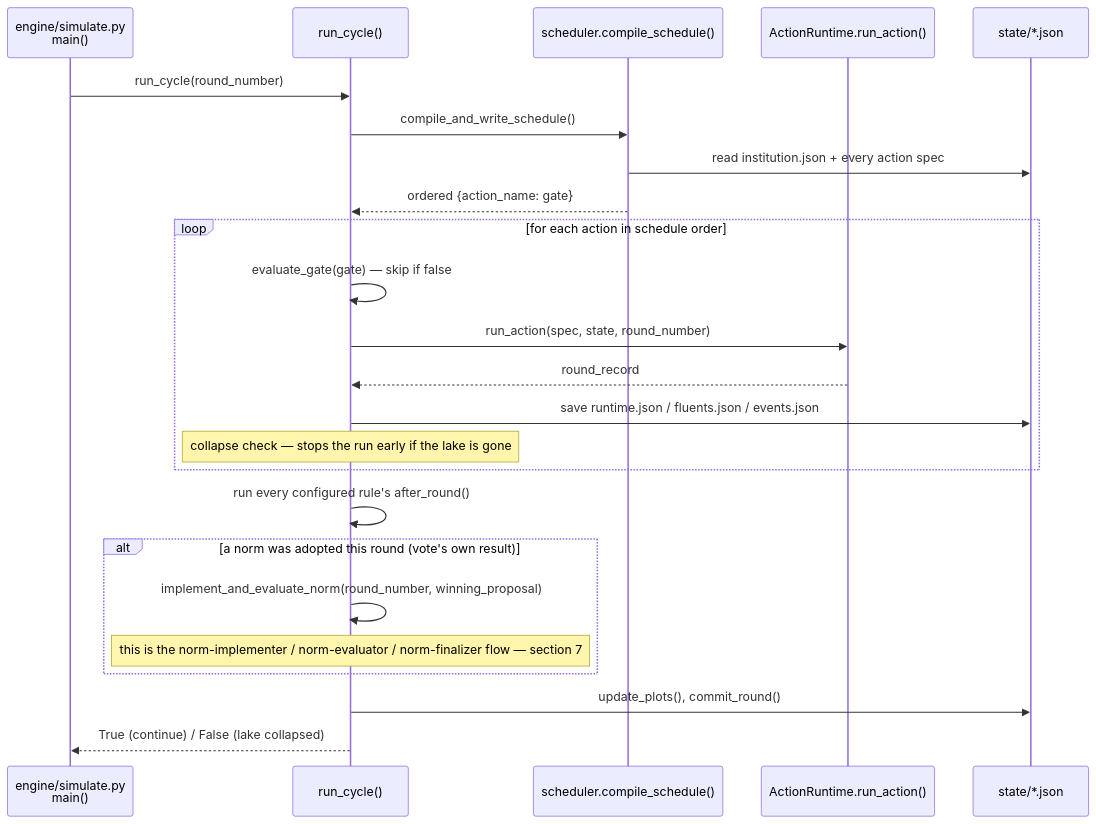
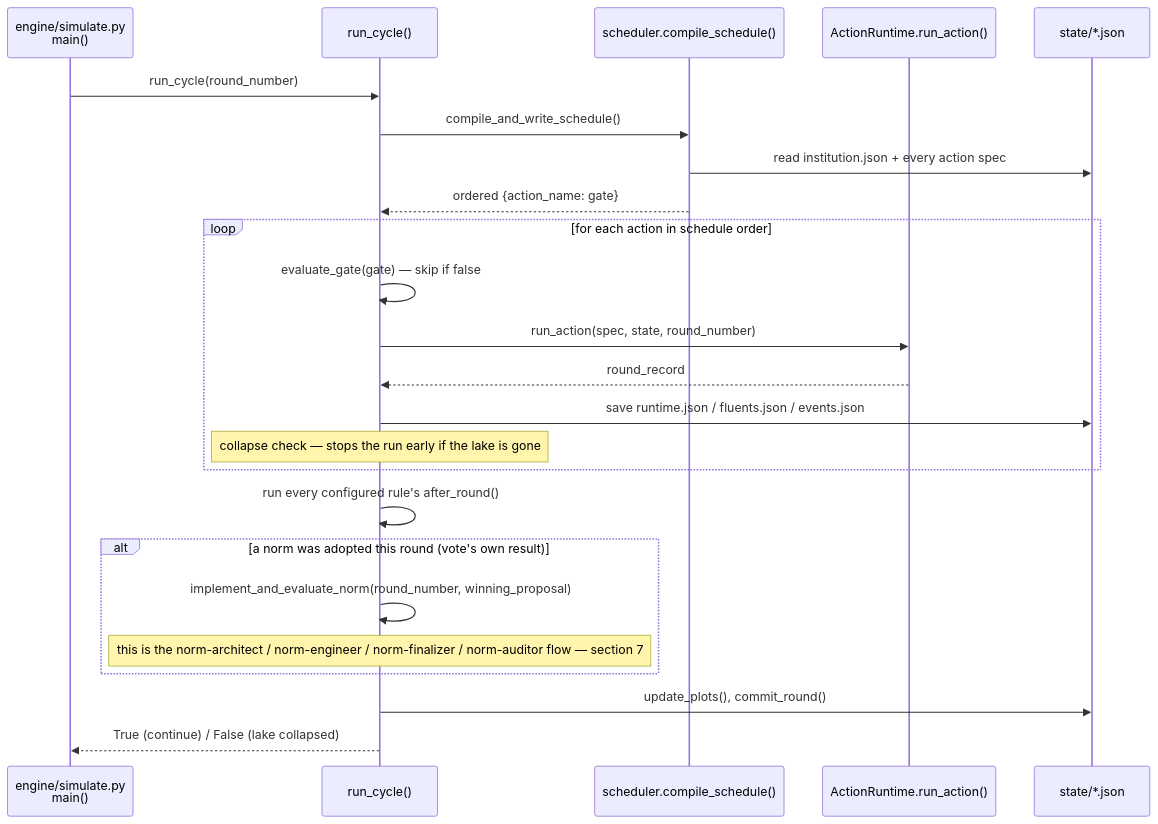
One commit to aisealion/GenerativeSimulation changed the second of 6 diagrams in ops/ARCHITECTURE.md. Above: the diagram before and after it, drawn with Mermaid. The commit also changed other lines of this file and 30 other files, not shown here.

````diff
--- a/ops/ARCHITECTURE.md
+++ b/ops/ARCHITECTURE.md
@@ -104,29 +117,29 @@
 ```mermaid
 sequenceDiagram
     participant Main as engine/simulate.py<br/>main()
     participant Cycle as run_cycle()
     participant Sched as scheduler.compile_schedule()
     participant Runtime as ActionRuntime.run_action()
     participant State as state/*.json
 
     Main->>Cycle: run_cycle(round_number)
     Cycle->>Sched: compile_and_write_schedule()
     Sched->>State: read institution.json + every action spec
     Sched-->>Cycle: ordered {action_name: gate}
 
     loop for each action in schedule order
         Cycle->>Cycle: evaluate_gate(gate) — skip if false
         Cycle->>Runtime: run_action(spec, state, round_number)
         Runtime-->>Cycle: round_record
         Cycle->>State: save runtime.json / fluents.json / events.json
         Note over Cycle: collapse check — stops the run early if the lake is gone
     end
 
     Cycle->>Cycle: run every configured rule's after_round()
     alt a norm was adopted this round (vote's own result)
         Cycle->>Cycle: implement_and_evaluate_norm(round_number, winning_proposal)
-        Note over Cycle: this is the norm-implementer / norm-evaluator / norm-finalizer flow — section 7
+        Note over Cycle: this is the norm-architect / norm-engineer / norm-finalizer / norm-auditor flow — section 7
     end
     Cycle->>State: update_plots(), commit_round()
     Cycle-->>Main: True (continue) / False (lake collapsed)
 ```
````
